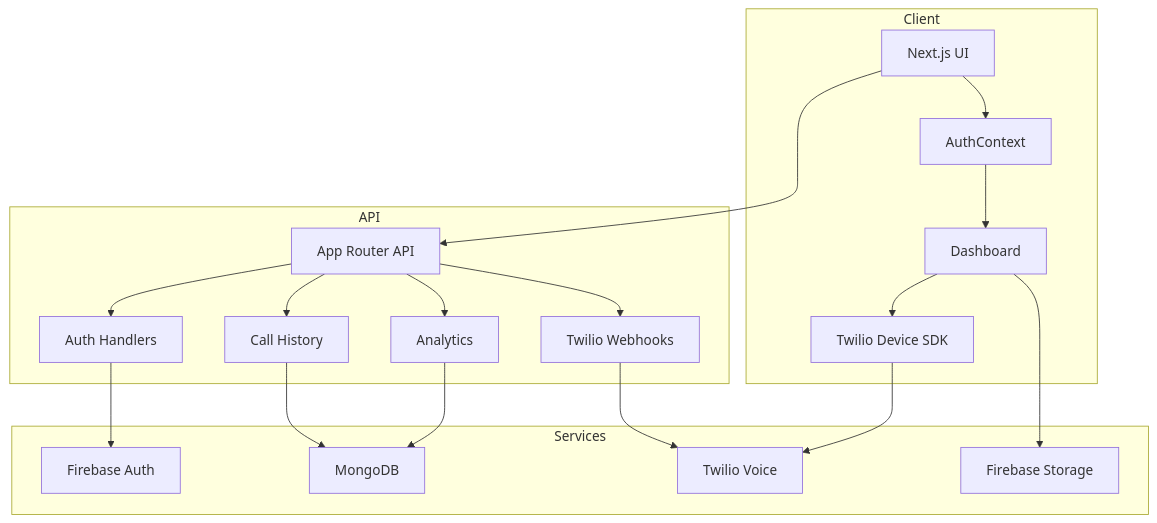
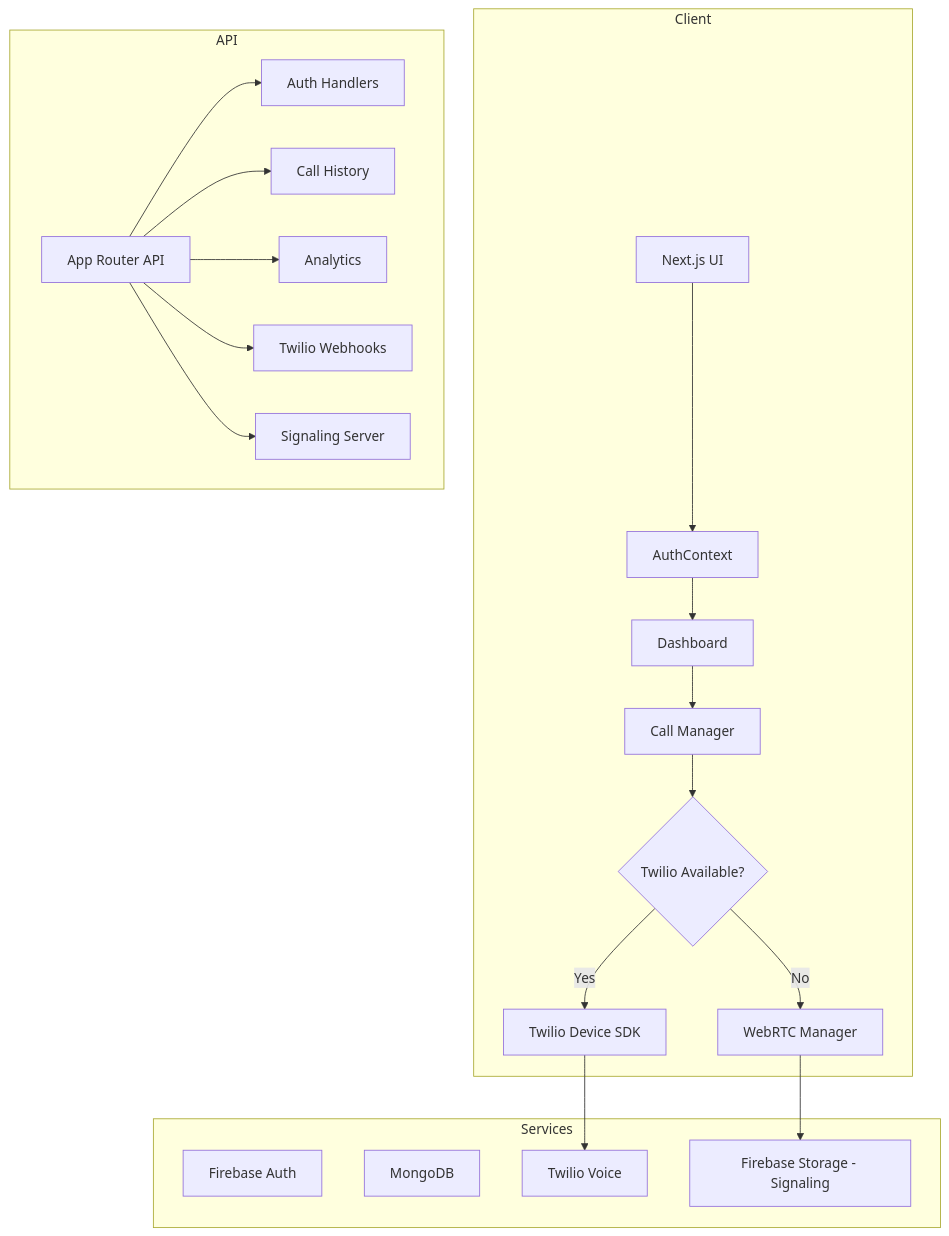
One commit to kn9ts/careflow changed the first of 4 diagrams in plans/SYSTEM_ARCHITECTURE.md. Above: the diagram before and after it, drawn with Mermaid. The commit also changed other lines of this file and 3 other files, not shown here.

````diff
--- a/plans/SYSTEM_ARCHITECTURE.md
+++ b/plans/SYSTEM_ARCHITECTURE.md
@@ -11,30 +14,29 @@
 ```mermaid
 flowchart TB
     subgraph Client
         A[Next.js UI] --> B[AuthContext]
         B --> C[Dashboard]
-        C --> D[Twilio Device SDK]
+        C --> D[Call Manager]
+        D --> E{Twilio Available?}
+        E -->|Yes| F[Twilio Device SDK]
+        E -->|No| G[WebRTC Manager]
     end
 
     subgraph API
-        E[App Router API] --> F[Auth Handlers]
-        E --> G[Call History]
-        E --> H[Analytics]
-        E --> I[Twilio Webhooks]
+        H[App Router API] --> I[Auth Handlers]
+        H --> J[Call History]
+        H --> K[Analytics]
+        H --> L[Twilio Webhooks]
+        H --> M[Signaling Server]
     end
 
     subgraph Services
-        J[Firebase Auth]
-        K[MongoDB]
-        L[Twilio Voice]
-        M[Firebase Storage]
+        N[Firebase Auth]
+        O[MongoDB]
+        P[Twilio Voice]
+        Q[Firebase Storage - Signaling]
     end
 
-    A --> E
-    F --> J
-    G --> K
-    H --> K
-    I --> L
-    D --> L
-    C --> M
+    F --> P
+    G --> Q
 ```
````
